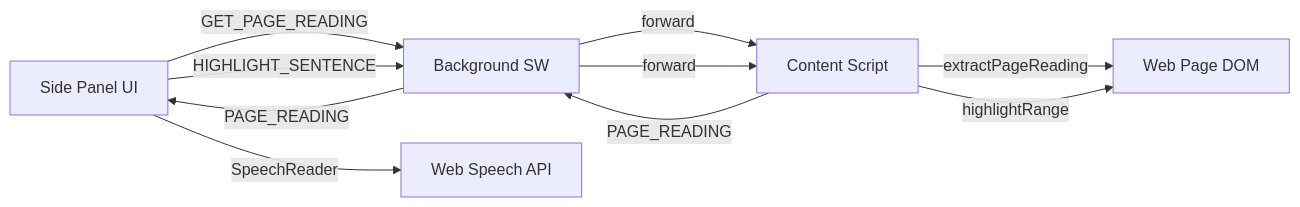
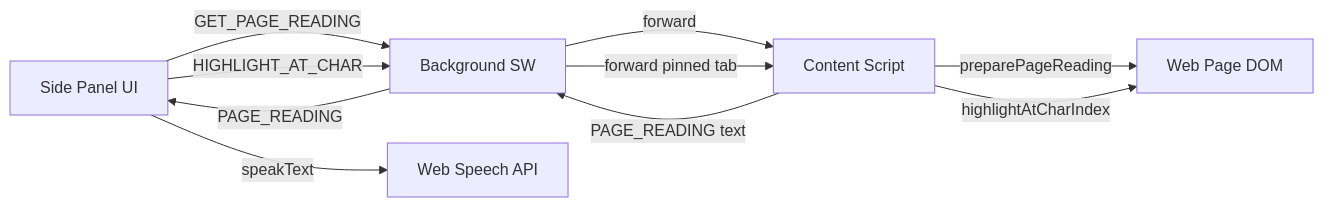
The diagram in docs/ARCHITECTURE.md (VanessaKeeton/geordi), drawn with Mermaid before and after one commit. The commit also changed other lines of this file and 5 other files, not shown here.

First line of the commit message:
Update agent docs and architecture for #21 highlight flow.

````diff
--- a/docs/ARCHITECTURE.md
+++ b/docs/ARCHITECTURE.md
@@ -7,17 +7,17 @@
 ```mermaid
 flowchart LR
   SidePanel[Side Panel UI]
   Background[Background SW]
   Content[Content Script]
   Page[Web Page DOM]
 
   SidePanel -->|"GET_PAGE_READING"| Background
   Background -->|"forward"| Content
-  Content -->|"extractPageReading"| Page
-  Content -->|"PAGE_READING"| Background
+  Content -->|"preparePageReading"| Page
+  Content -->|"PAGE_READING text"| Background
   Background -->|"PAGE_READING"| SidePanel
-  SidePanel -->|"SpeechReader"| TTS[Web Speech API]
-  SidePanel -->|"HIGHLIGHT_SENTENCE"| Background
-  Background -->|"forward"| Content
-  Content -->|"highlightRange"| Page
+  SidePanel -->|"speakText"| TTS[Web Speech API]
+  SidePanel -->|"HIGHLIGHT_AT_CHAR"| Background
+  Background -->|"forward pinned tab"| Content
+  Content -->|"highlightAtCharIndex"| Page
 ```
````
